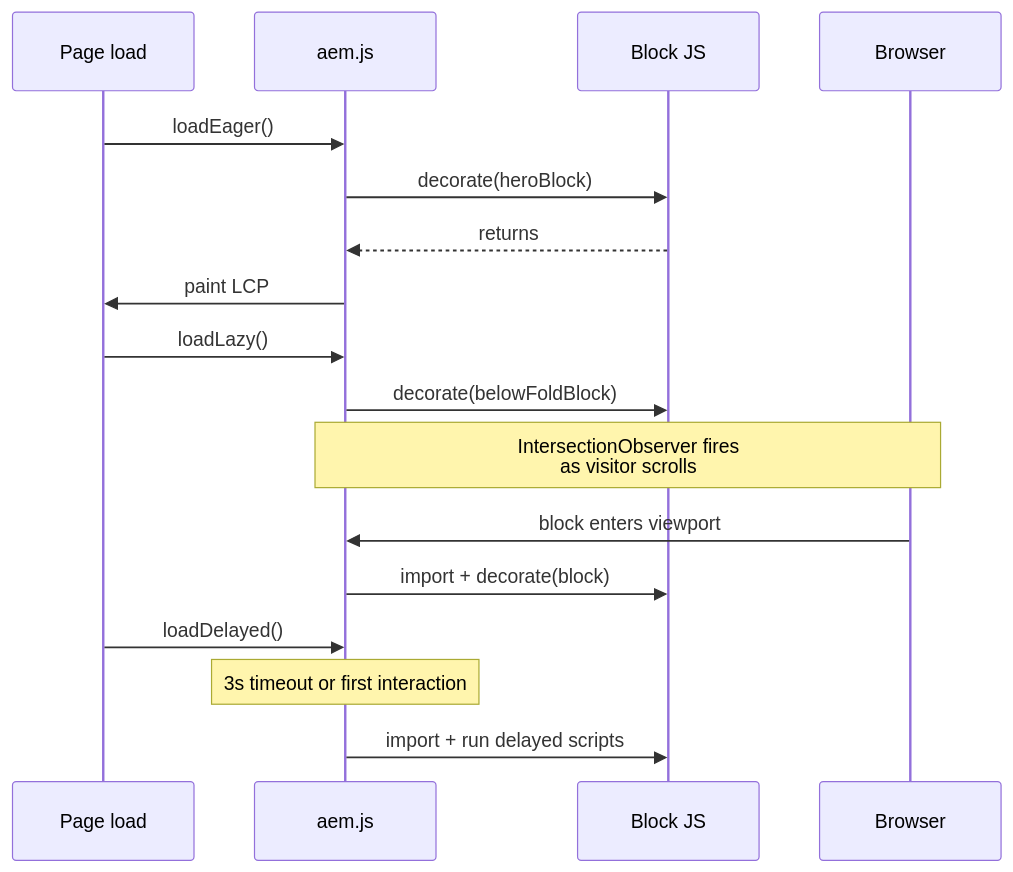
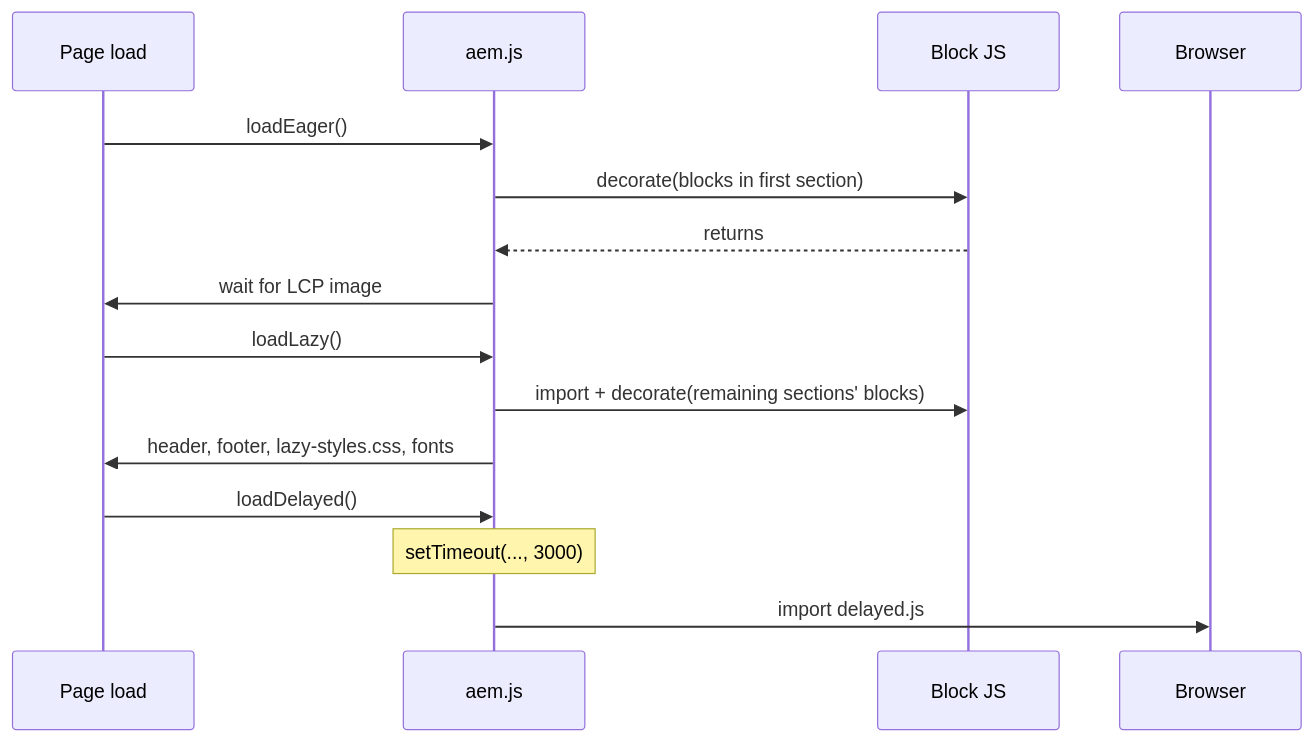
The diagram in docs/aem/edge-delivery/blocks.mdx (LucaNerlich/lucanerlich.com), drawn with Mermaid before and after one commit. The commit also changed other lines of this file and 95 other files, not shown here.

````diff
--- a/docs/aem/edge-delivery/blocks.mdx
+++ b/docs/aem/edge-delivery/blocks.mdx
@@ -63,22 +63,20 @@
 ```mermaid
 sequenceDiagram
     participant Page as Page load
     participant aem as aem.js
     participant Block as Block JS
     participant Browser as Browser
 
     Page->>aem: loadEager()
-    aem->>Block: decorate(heroBlock)
+    aem->>Block: decorate(blocks in first section)
     Block-->>aem: returns
-    aem->>Page: paint LCP
+    aem->>Page: wait for LCP image
 
     Page->>aem: loadLazy()
-    aem->>Block: decorate(belowFoldBlock)
-    Note over aem,Browser: IntersectionObserver fires<br/>as visitor scrolls
-    Browser->>aem: block enters viewport
-    aem->>Block: import + decorate(block)
+    aem->>Block: import + decorate(remaining sections' blocks)
+    aem->>Page: header, footer, lazy-styles.css, fonts
 
     Page->>aem: loadDelayed()
-    Note over aem: 3s timeout or first interaction
-    aem->>Block: import + run delayed scripts
+    Note over aem: setTimeout(..., 3000)
+    aem->>Browser: import delayed.js
 ```
````
